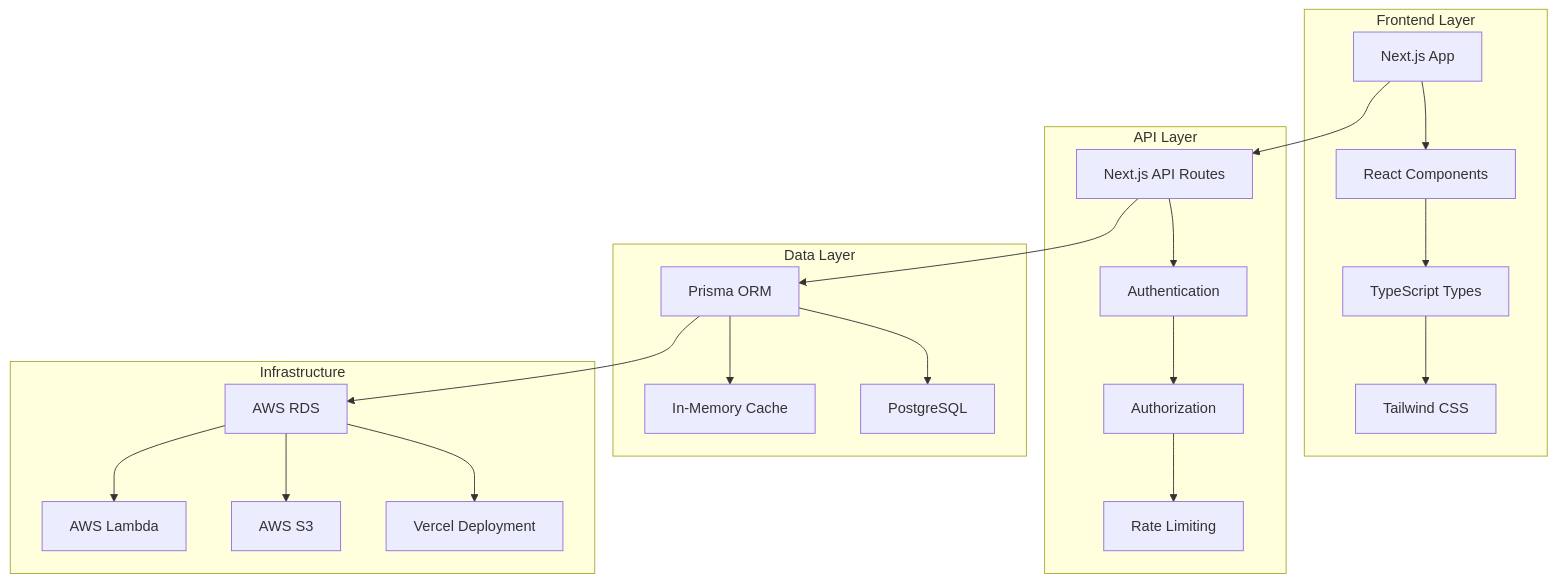
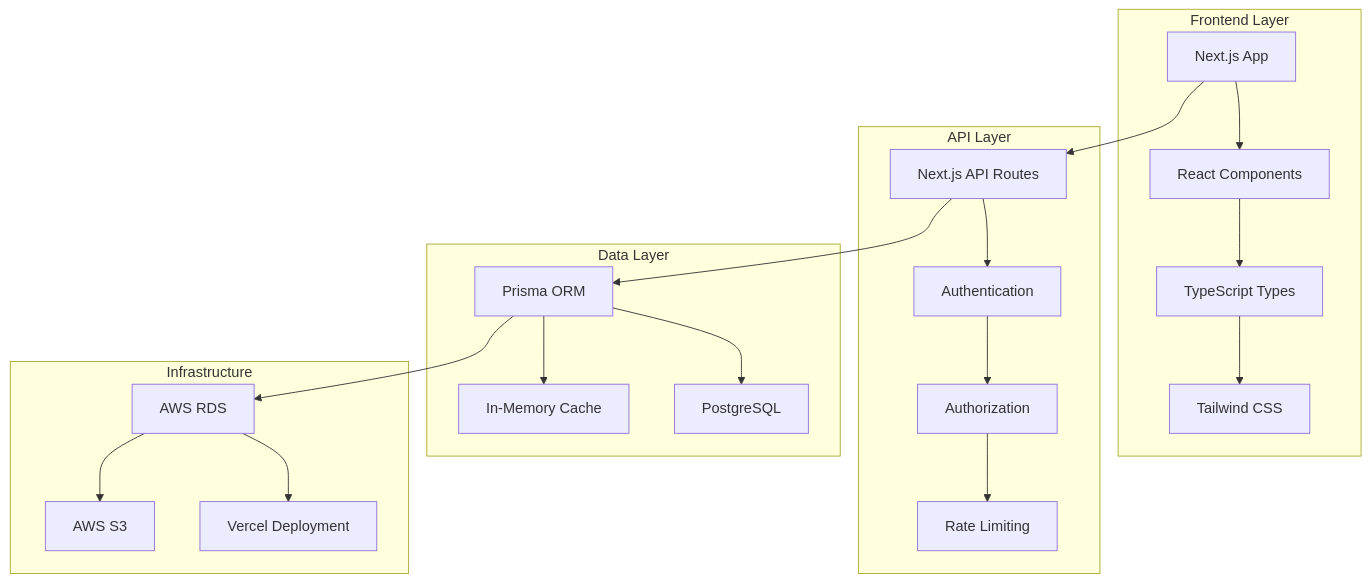
Before and after one commit to innovationwizard/IngePro: the first of 9 diagrams in docs/architecture/system-architecture.md, drawn with Mermaid. The commit also changed other lines of this file and 148 other files, not shown here.

First line of the commit message:
Remove AWS Lambda completely from codebase and documentation

````diff
--- a/docs/architecture/system-architecture.md
+++ b/docs/architecture/system-architecture.md
@@ -4,29 +4,28 @@
 ```mermaid
 graph TB
     subgraph "Frontend Layer"
         A[Next.js App] --> B[React Components]
         B --> C[TypeScript Types]
         C --> D[Tailwind CSS]
     end
     
     subgraph "API Layer"
         E[Next.js API Routes] --> F[Authentication]
         F --> G[Authorization]
         G --> H[Rate Limiting]
     end
     
     subgraph "Data Layer"
         I[Prisma ORM] --> J[PostgreSQL]
         I --> K[In-Memory Cache]
     end
     
     subgraph "Infrastructure"
         L[AWS RDS] --> M[Vercel Deployment]
         L --> N[AWS S3]
-        L --> O[AWS Lambda]
     end
     
     A --> E
     E --> I
     I --> L
 ```
````
